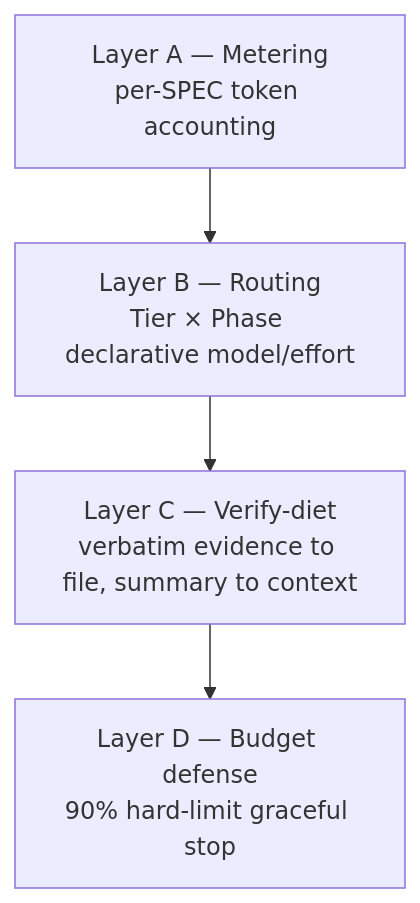
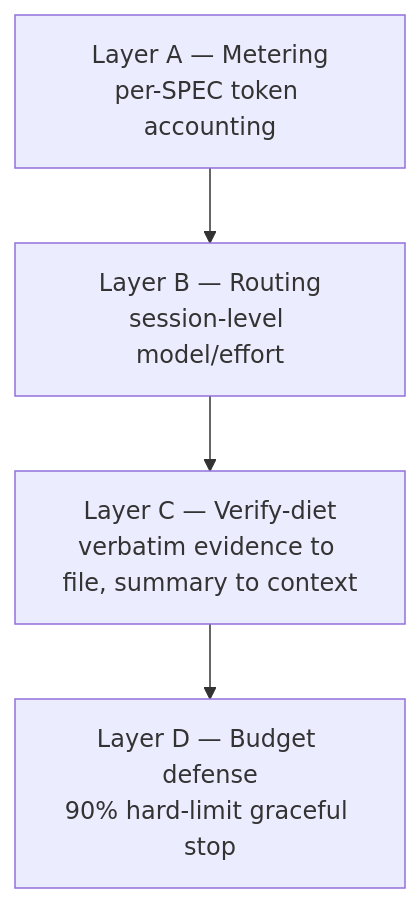
One commit to modu-ai/moai-adk changed the first of 2 diagrams in docs-site/content/en/advanced/tokenomics-overview.md. Above: the diagram before and after it, drawn with Mermaid. The commit also changed other lines of this file and 21 other files, not shown here.

````diff
--- a/docs-site/content/en/advanced/tokenomics-overview.md
+++ b/docs-site/content/en/advanced/tokenomics-overview.md
@@ -33,11 +33,11 @@
 ```mermaid
 flowchart TD
     A["Layer A — Metering<br/>per-SPEC token accounting"]
-    B["Layer B — Routing<br/>Tier × Phase declarative model/effort"]
+    B["Layer B — Routing<br/>session-level model/effort"]
     C["Layer C — Verify-diet<br/>verbatim evidence to file, summary to context"]
     D["Layer D — Budget defense<br/>90% hard-limit graceful stop"]
 
     A --> B
     B --> C
     C --> D
 ```
````
